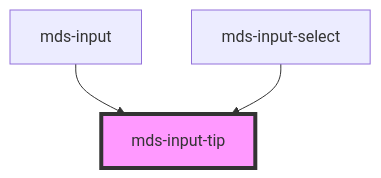
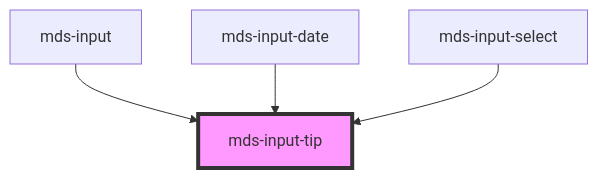
One commit to magma-design-system/magma changed the diagram in projects/stencil/src/components/mds-input-tip/readme.md. Above: the diagram before and after it, drawn with Mermaid. The commit also changed other lines of this file and 7 other files, not shown here.

Commit message:
feat(mds-input-date): add required and disabled attribute

````diff
--- a/projects/stencil/src/components/mds-input-tip/readme.md
+++ b/projects/stencil/src/components/mds-input-tip/readme.md
@@ -31,6 +32,7 @@
 ```mermaid
 graph TD;
   mds-input --> mds-input-tip
+  mds-input-date --> mds-input-tip
   mds-input-select --> mds-input-tip
   style mds-input-tip fill:#f9f,stroke:#333,stroke-width:4px
 ```
````
